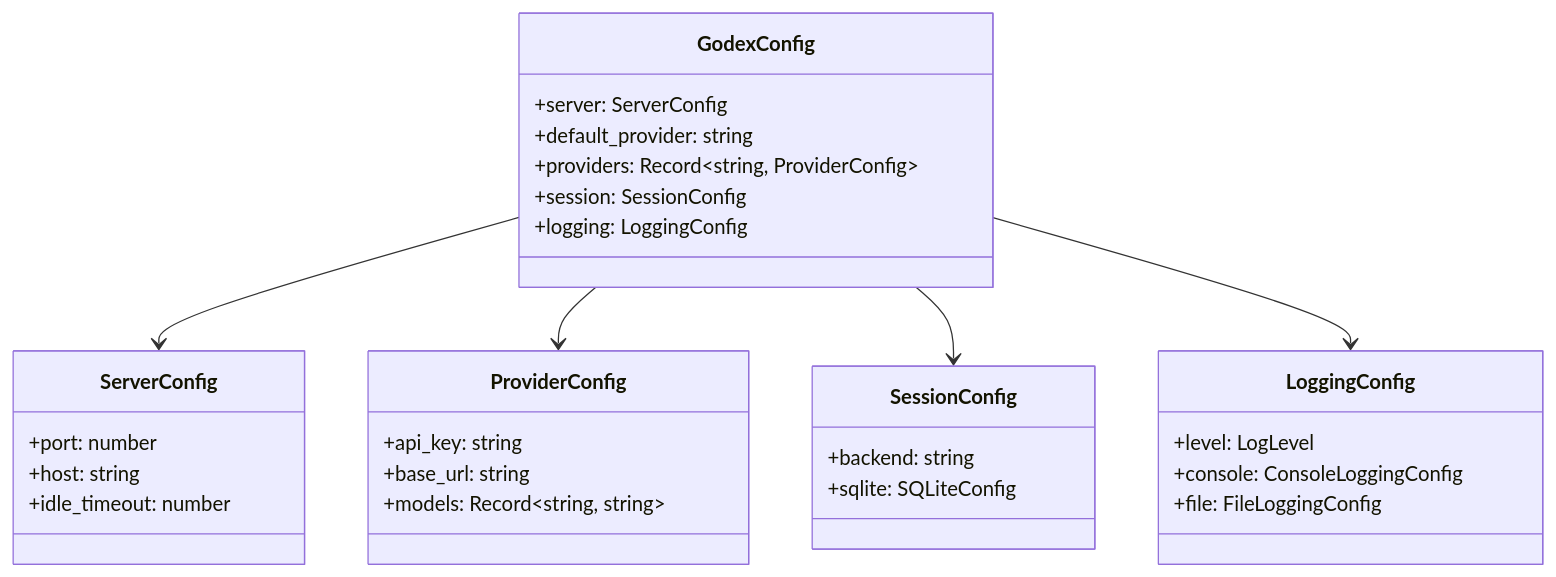
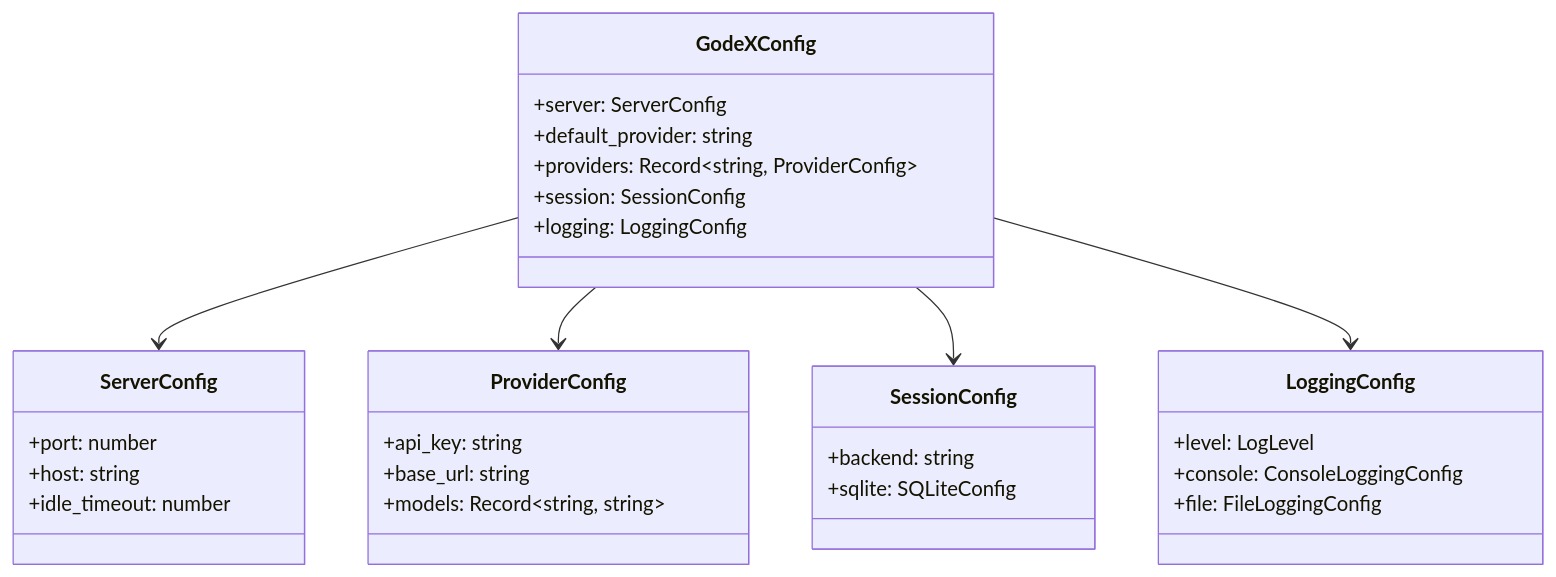
One commit to zamelee/GodeX changed the diagram in wiki/07-configuration/config-schema.md. Above: the diagram before and after it, drawn with Mermaid. The commit also changed other lines of this file and 96 other files, not shown here.

First line of the commit message:
refactor: Rename project from Godex to GodeX (#44)

````diff
--- a/wiki/07-configuration/config-schema.md
+++ b/wiki/07-configuration/config-schema.md
@@ -49,40 +49,40 @@
 ```mermaid
 classDiagram
   direction TB
 
-  class GodexConfig {
+  class GodeXConfig {
     +server: ServerConfig
     +default_provider: string
     +providers: Record~string, ProviderConfig~
     +session: SessionConfig
     +logging: LoggingConfig
   }
 
   class ServerConfig {
     +port: number
     +host: string
     +idle_timeout: number
   }
 
   class ProviderConfig {
     +api_key: string
     +base_url: string
     +models: Record~string, string~
   }
 
   class SessionConfig {
     +backend: string
     +sqlite: SQLiteConfig
   }
 
   class LoggingConfig {
     +level: LogLevel
     +console: ConsoleLoggingConfig
     +file: FileLoggingConfig
   }
 
-  GodexConfig --> ServerConfig
-  GodexConfig --> ProviderConfig
-  GodexConfig --> SessionConfig
-  GodexConfig --> LoggingConfig
+  GodeXConfig --> ServerConfig
+  GodeXConfig --> ProviderConfig
+  GodeXConfig --> SessionConfig
+  GodeXConfig --> LoggingConfig
 ```
````
